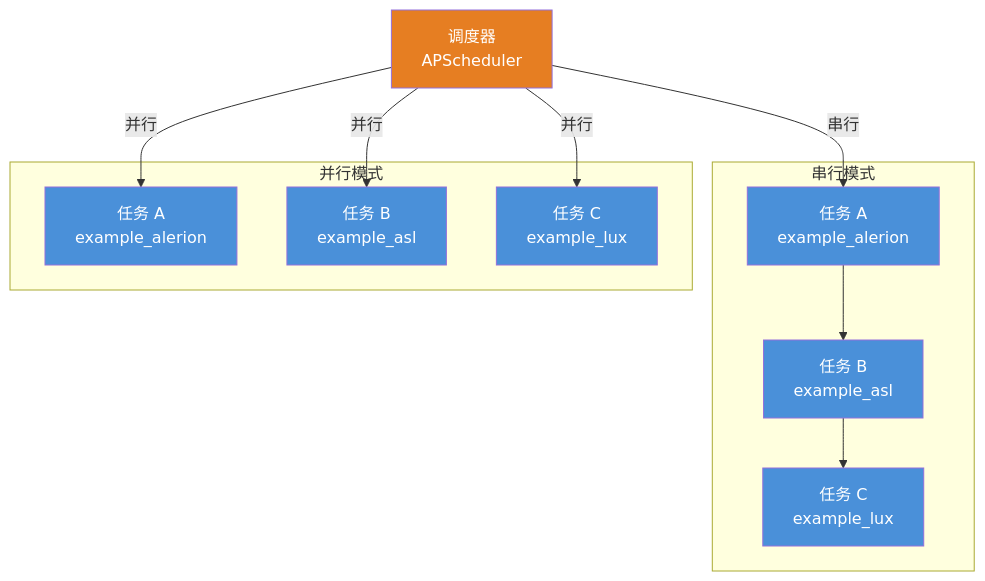
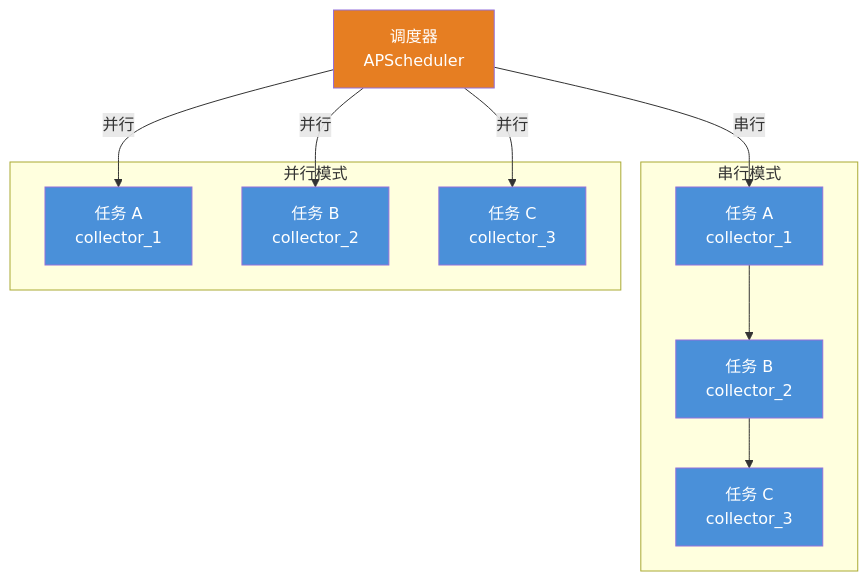
One commit to hollson/spider_awesome changed the third of 5 diagrams in docs/数据采集最佳设计方案.md. Above: the diagram before and after it, drawn with Mermaid. The commit also changed other lines of this file, not shown here.

````diff
--- a/docs/数据采集最佳设计方案.md
+++ b/docs/数据采集最佳设计方案.md
@@ -180,24 +180,24 @@
 ```mermaid
 graph TD
     subgraph 串行模式
-        S1["任务 A<br/>example_alerion"] --> S2["任务 B<br/>example_asl"]
-        S2 --> S3["任务 C<br/>example_lux"]
+        S1["任务 A<br/>collector_1"] --> S2["任务 B<br/>collector_2"]
+        S2 --> S3["任务 C<br/>collector_3"]
     end
 
     subgraph 并行模式
-        P1["任务 A<br/>example_alerion"]
-        P2["任务 B<br/>example_asl"]
-        P3["任务 C<br/>example_lux"]
+        P1["任务 A<br/>collector_1"]
+        P2["任务 B<br/>collector_2"]
+        P3["任务 C<br/>collector_3"]
     end
 
     Scheduler["调度器<br/>APScheduler"] -->|串行| S1
     Scheduler -->|并行| P1 & P2 & P3
 
     style Scheduler fill:#E67E22,color:#fff
     style S1 fill:#4A90D9,color:#fff
     style S2 fill:#4A90D9,color:#fff
     style S3 fill:#4A90D9,color:#fff
     style P1 fill:#4A90D9,color:#fff
     style P2 fill:#4A90D9,color:#fff
     style P3 fill:#4A90D9,color:#fff
 ```
````
